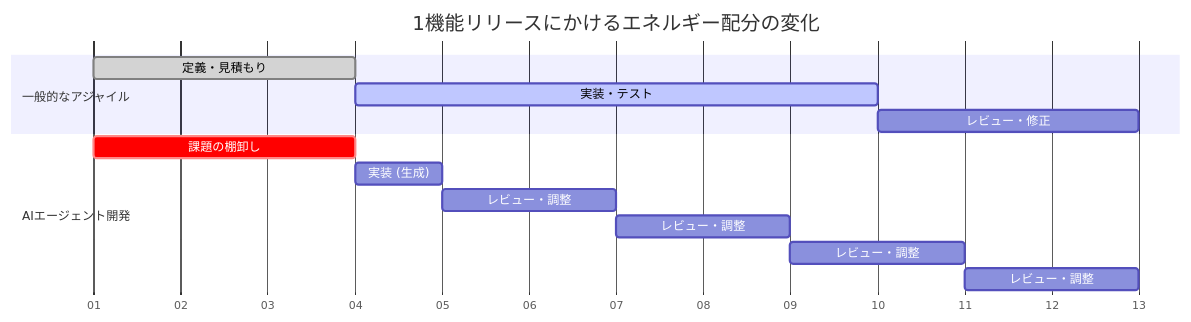
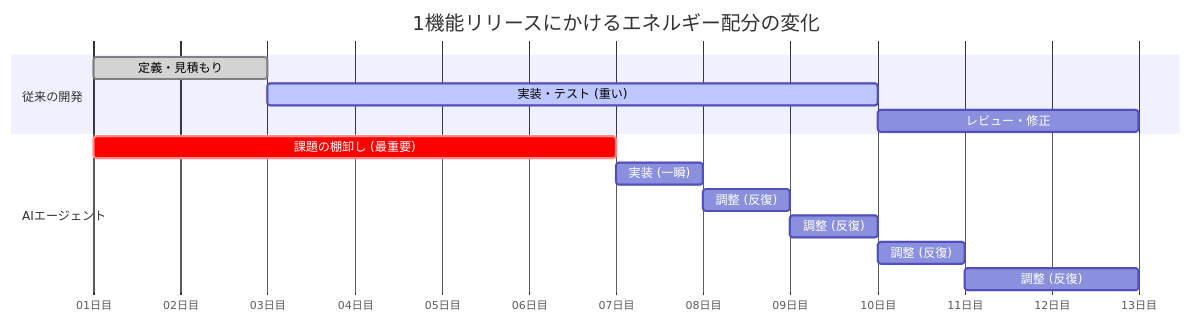
One commit to danny-yamamoto/zenn-docs changed the third of 4 diagrams in articles/337451a3aef5a8.md. Above: the diagram before and after it, drawn with Mermaid.

````diff
--- a/articles/337451a3aef5a8.md
+++ b/articles/337451a3aef5a8.md
@@ -104,20 +104,19 @@
 ```mermaid
 gantt
     title 1機能リリースにかけるエネルギー配分の変化
     dateFormat YYYY-MM-DD
-    axisFormat %d
-    %% 下の axisFormat で日付ではなく「経過日数」のように見せます
+    axisFormat %d日目
 
-    section 一般的なアジャイル
-    定義・見積もり       :done, a1, 2024-01-01, 3d
-    実装・テスト         :active, a2, after a1, 6d
+    section 従来の開発
+    定義・見積もり       :done, a1, 2024-01-01, 2d
+    実装・テスト (重い)   :active, a2, after a1, 7d
     レビュー・修正       :a3, after a2, 3d
 
-    section AIエージェント開発
-    課題の棚卸し          :crit, b1, 2024-01-01, 3d
-    実装 (生成)          :b2, after b1, 1d
-    レビュー・調整       :b3, after b2, 2d
-    レビュー・調整       :b4, after b3, 2d
-    レビュー・調整       :b5, after b4, 2d
-    レビュー・調整       :b6, after b5, 2d
+    section AIエージェント
+    課題の棚卸し (最重要) :crit, b1, 2024-01-01, 6d
+    実装 (一瞬)          :b2, after b1, 1d
+    調整 (反復)          :b3, after b2, 1d
+    調整 (反復)          :b4, after b3, 1d
+    調整 (反復)          :b5, after b4, 1d
+    調整 (反復)          :b6, after b5, 2d
 ```
````
